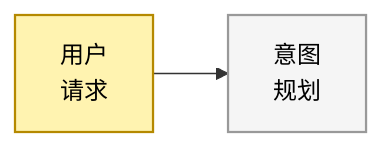
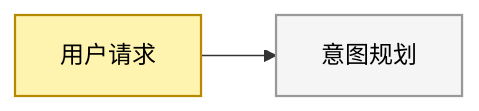
Before and after one commit to BillZong/BillZong.github.io: the fourth of 11 diagrams in source/_posts/bi-evolution-6-ai-native-restructure.md, drawn with Mermaid. The commit also changed other lines of this file, not shown here.

First line of the commit message:
fix(BI-ch6): remove \n from mermaid labels

```diff
--- a/source/_posts/bi-evolution-6-ai-native-restructure.md
+++ b/source/_posts/bi-evolution-6-ai-native-restructure.md
@@ -225,11 +225,11 @@
 {% mermaid %}
 flowchart LR
     classDef entry fill:#fff3b0,stroke:#b58900,color:#000,stroke-width:1.5px
     classDef decision fill:#fce4ec,stroke:#c62828,color:#000,stroke-width:1.5px
     classDef exit fill:#e8f5e8,stroke:#2e7d32,color:#000,stroke-width:1.5px
     classDef normal fill:#f5f5f5,stroke:#999,color:#000,stroke-width:1.5px
 
-    A["用户\n请求"]:::entry
-    B["意图\n规划"]:::normal
+    A["用户请求"]:::entry
+    B["意图规划"]:::normal
     A --> B
 {% endmermaid %}
```
